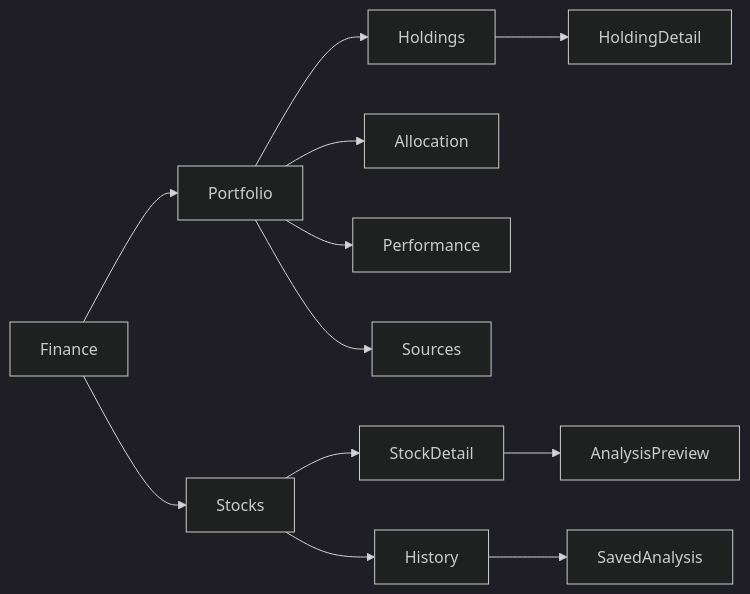
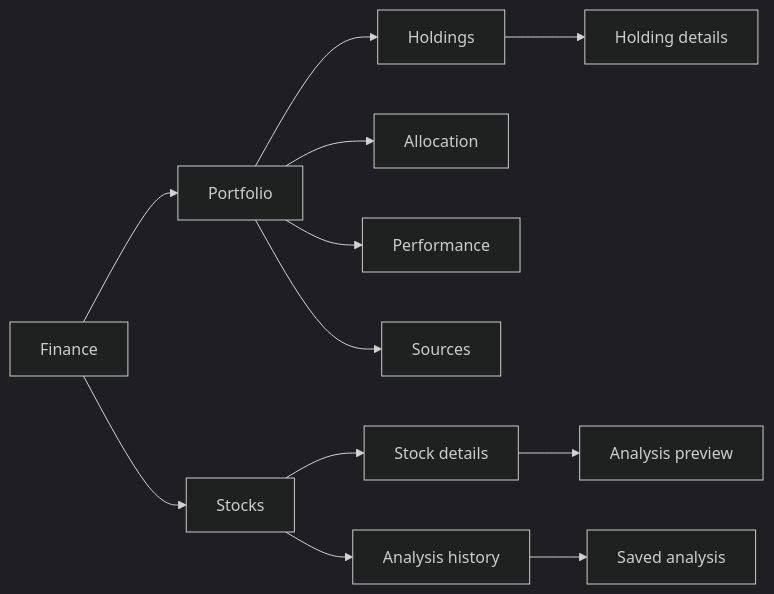
The diagram in hushh-webapp/docs/ui-contracts/finance.md (hushh-labs/hushh-research), drawn with Mermaid (dark theme) before and after one commit. The commit also changed other lines of this file, not shown here.

Commit message:
docs(finance): declare visual map and diagram nodes

````diff
--- a/hushh-webapp/docs/ui-contracts/finance.md
+++ b/hushh-webapp/docs/ui-contracts/finance.md
@@ -9,14 +11,26 @@
 ```mermaid
 flowchart LR
+  Finance["Finance"]
+  Portfolio["Portfolio"]
+  Stocks["Stocks"]
+  Holdings["Holdings"]
+  Allocation["Allocation"]
+  Performance["Performance"]
+  Sources["Sources"]
+  HoldingDetail["Holding details"]
+  StockDetail["Stock details"]
+  History["Analysis history"]
+  AnalysisPreview["Analysis preview"]
+  SavedAnalysis["Saved analysis"]
   Finance --> Portfolio
   Finance --> Stocks
   Portfolio --> Holdings
   Portfolio --> Allocation
   Portfolio --> Performance
   Portfolio --> Sources
   Holdings --> HoldingDetail
   Stocks --> StockDetail
   Stocks --> History
   StockDetail --> AnalysisPreview
   History --> SavedAnalysis
 ```
````
